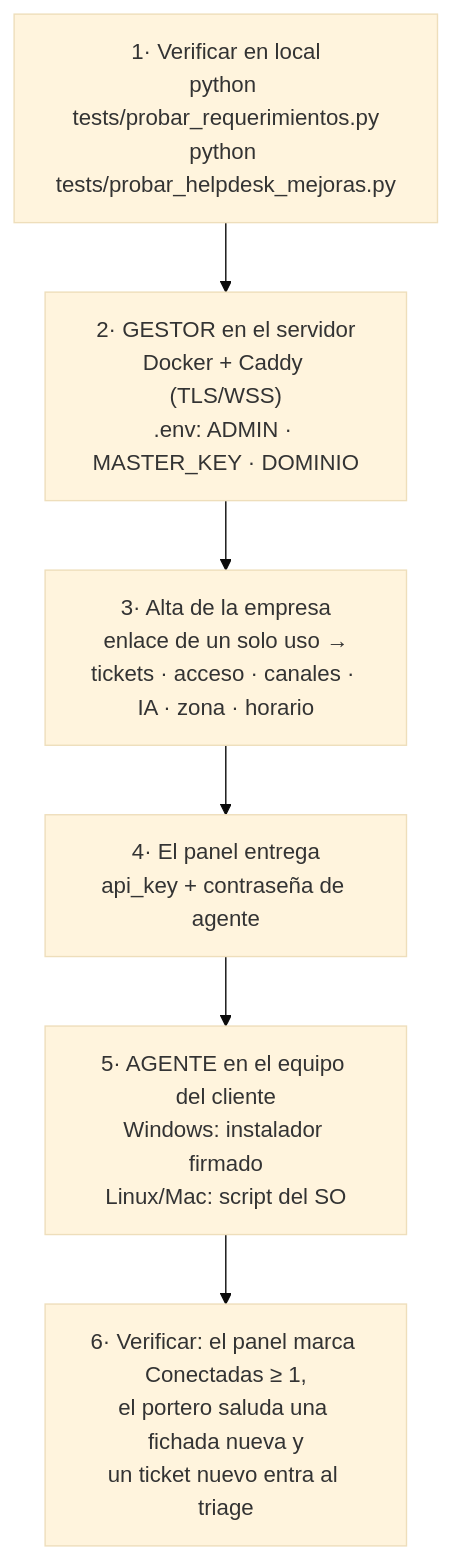
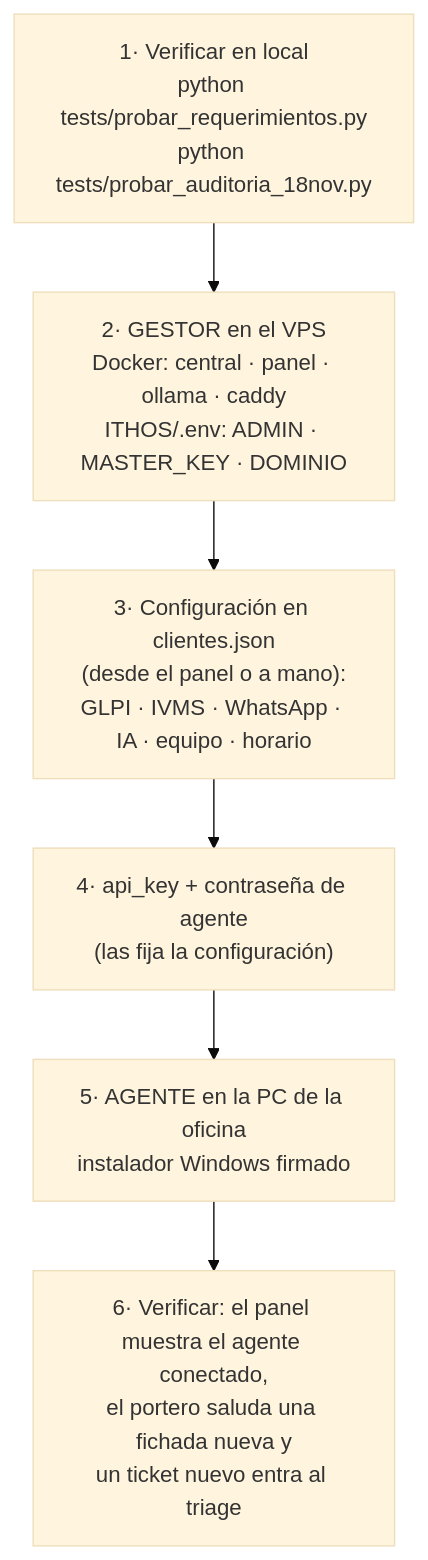
Before and after one commit to bsierra4262/ithos: the diagram in docs/INSTALACION.md, drawn with Mermaid (base theme). The commit also changed other lines of this file and 73 other files, not shown here.

First line of the commit message:
auditoria: ITHOS queda como herramienta interna, sin restos de la venta

````diff
--- a/docs/INSTALACION.md
+++ b/docs/INSTALACION.md
@@ -36,8 +34,8 @@
 ```mermaid
 flowchart TD
-    T["1· Verificar en local<br/>python tests/probar_requerimientos.py<br/>python tests/probar_helpdesk_mejoras.py"] --> G["2· GESTOR en el servidor<br/>Docker + Caddy (TLS/WSS)<br/>.env: ADMIN · MASTER_KEY · DOMINIO"]
-    G --> AL["3· Alta de la empresa<br/>enlace de un solo uso →<br/>tickets · acceso · canales · IA · zona · horario"]
-    AL --> CR["4· El panel entrega<br/>api_key + contraseña de agente"]
-    CR --> AGT["5· AGENTE en el equipo del cliente<br/>Windows: instalador firmado<br/>Linux/Mac: script del SO"]
-    AGT --> V["6· Verificar: el panel marca Conectadas ≥ 1,<br/>el portero saluda una fichada nueva y<br/>un ticket nuevo entra al triage"]
+    T["1· Verificar en local<br/>python tests/probar_requerimientos.py<br/>python tests/probar_auditoria_18nov.py"] --> G["2· GESTOR en el VPS<br/>Docker: central · panel · ollama · caddy<br/>ITHOS/.env: ADMIN · MASTER_KEY · DOMINIO"]
+    G --> CF["3· Configuración en clientes.json<br/>(desde el panel o a mano):<br/>GLPI · IVMS · WhatsApp · IA · equipo · horario"]
+    CF --> CR["4· api_key + contraseña de agente<br/>(las fija la configuración)"]
+    CR --> AGT["5· AGENTE en la PC de la oficina<br/>instalador Windows firmado"]
+    AGT --> V["6· Verificar: el panel muestra el agente conectado,<br/>el portero saluda una fichada nueva y<br/>un ticket nuevo entra al triage"]
 ```
````
